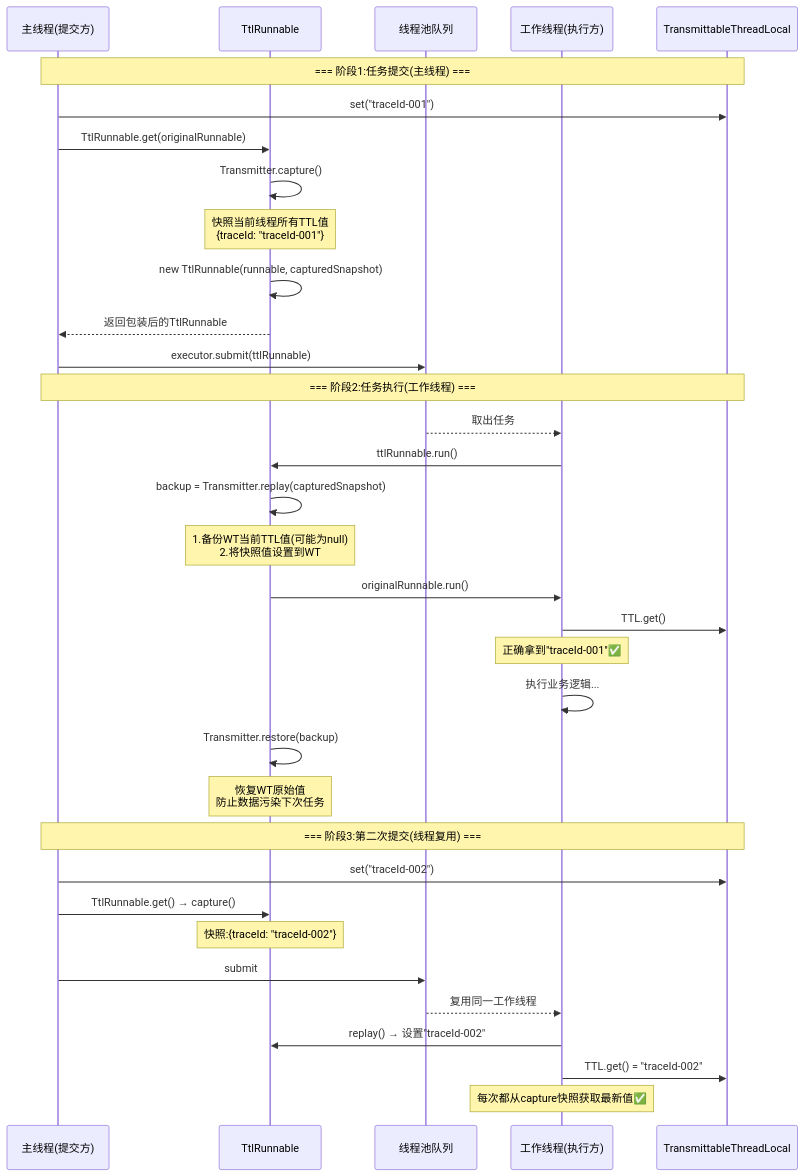
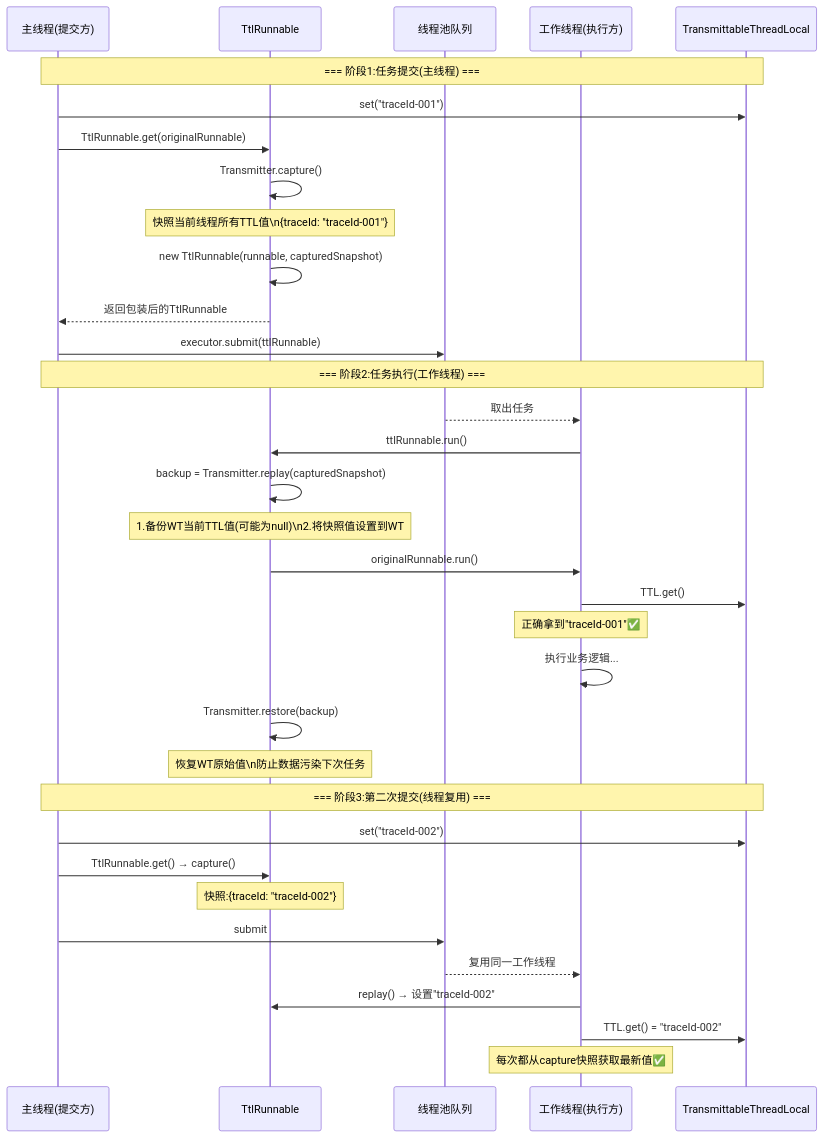
The fifth of 8 diagrams in content/posts/concurrency/ThreadLocal.md (yaocat55/yaocat55.github.io), drawn with Mermaid before and after one commit. The commit also changed other lines of this file and 155 other files, not shown here.

````diff
--- a/content/posts/concurrency/ThreadLocal.md
+++ b/content/posts/concurrency/ThreadLocal.md
@@ -441,39 +441,39 @@
 ```mermaid
 sequenceDiagram
     participant MT as 主线程(提交方)
     participant TR as TtlRunnable
     participant TP as 线程池队列
     participant WT as 工作线程(执行方)
     participant TTL as TransmittableThreadLocal
 
     Note over MT,TTL: === 阶段1:任务提交(主线程) ===
     MT->>TTL: set("traceId-001")
     MT->>TR: TtlRunnable.get(originalRunnable)
     TR->>TR: Transmitter.capture()
-    Note over TR: 快照当前线程所有TTL值<br/>{traceId: "traceId-001"}
+    Note over TR: 快照当前线程所有TTL值\n{traceId: "traceId-001"}
     TR->>TR: new TtlRunnable(runnable, capturedSnapshot)
     TR-->>MT: 返回包装后的TtlRunnable
     MT->>TP: executor.submit(ttlRunnable)
 
     Note over MT,TTL: === 阶段2:任务执行(工作线程) ===
     TP-->>WT: 取出任务
     WT->>TR: ttlRunnable.run()
     TR->>TR: backup = Transmitter.replay(capturedSnapshot)
-    Note over TR: 1.备份WT当前TTL值(可能为null)<br/>2.将快照值设置到WT
+    Note over TR: 1.备份WT当前TTL值(可能为null)\n2.将快照值设置到WT
     TR->>WT: originalRunnable.run()
     WT->>TTL: TTL.get()
     Note over WT: 正确拿到"traceId-001"✅
     WT->>WT: 执行业务逻辑...
     TR->>TR: Transmitter.restore(backup)
-    Note over TR: 恢复WT原始值<br/>防止数据污染下次任务
+    Note over TR: 恢复WT原始值\n防止数据污染下次任务
 
     Note over MT,TTL: === 阶段3:第二次提交(线程复用) ===
     MT->>TTL: set("traceId-002")
     MT->>TR: TtlRunnable.get() → capture()
     Note over TR: 快照:{traceId: "traceId-002"}
     MT->>TP: submit
     TP-->>WT: 复用同一工作线程
     WT->>TR: replay() → 设置"traceId-002"
     WT->>TTL: TTL.get() = "traceId-002"
     Note over WT: 每次都从capture快照获取最新值✅
 ```
````
